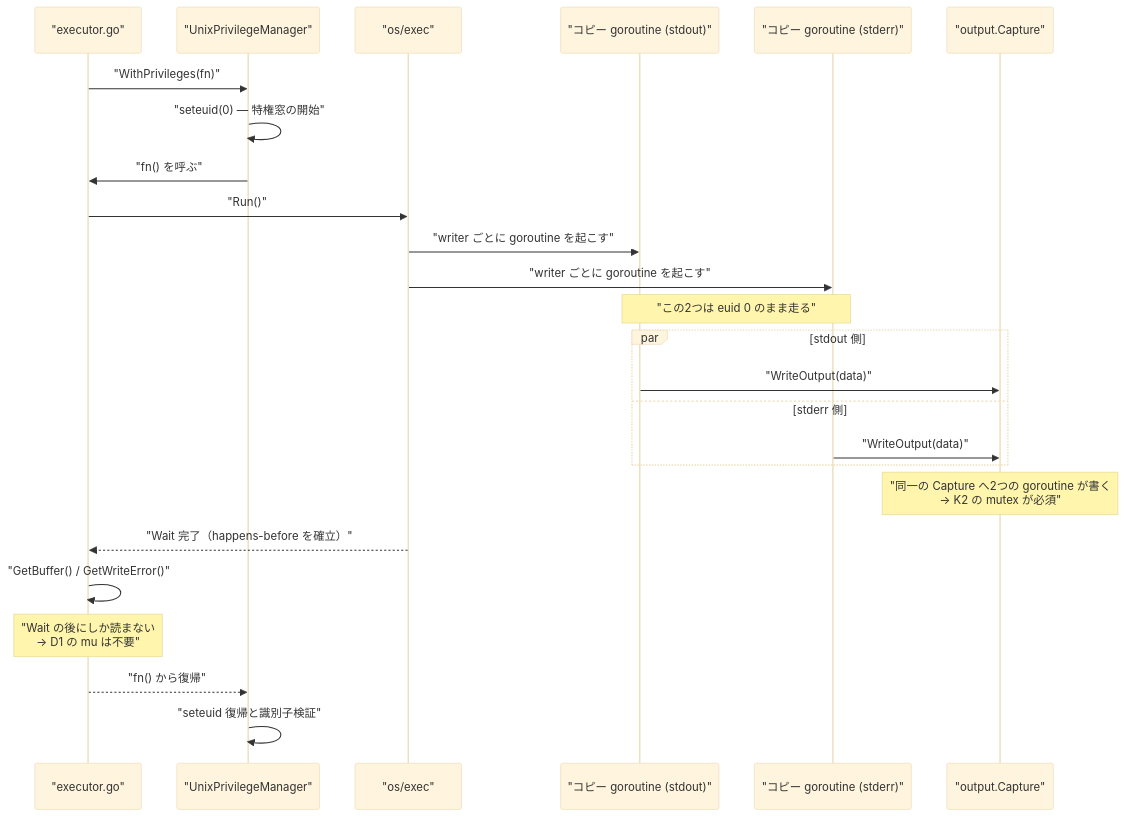
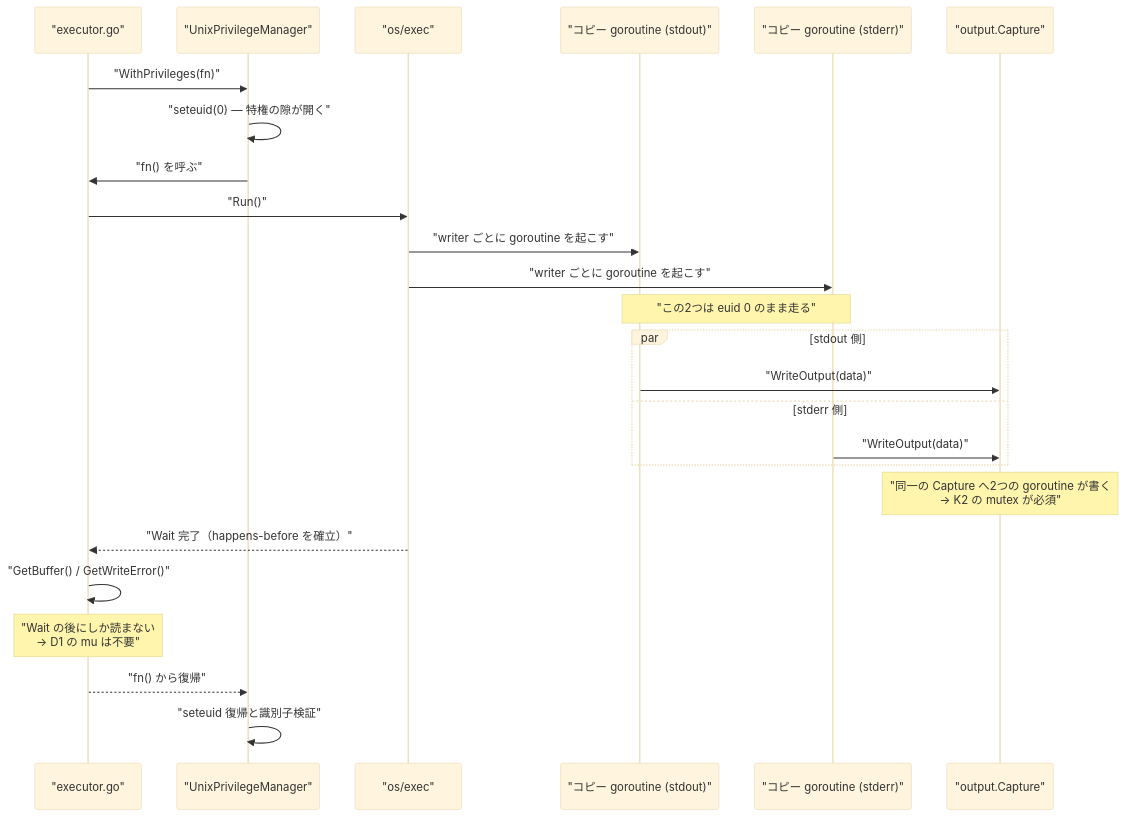
One commit to isseis/go-safe-cmd-runner changed the fifth of 11 diagrams in docs/tasks/0170_excess_synchronization_removal/02_architecture.md. Above: the diagram before and after it, drawn with Mermaid (base theme). The commit also changed other lines of this file and 1 other file, not shown here.

````diff
--- a/docs/tasks/0170_excess_synchronization_removal/02_architecture.md
+++ b/docs/tasks/0170_excess_synchronization_removal/02_architecture.md
@@ -262,32 +262,32 @@
 ```mermaid
 sequenceDiagram
     participant EX as "executor.go"
     participant PM as "UnixPrivilegeManager"
     participant OS as "os/exec"
     participant G1 as "コピー goroutine (stdout)"
     participant G2 as "コピー goroutine (stderr)"
     participant CAP as "output.Capture"
 
     EX->>PM: "WithPrivileges(fn)"
-    PM->>PM: "seteuid(0) — 特権窓の開始"
+    PM->>PM: "seteuid(0) — 特権の隙が開く"
     PM->>EX: "fn() を呼ぶ"
     EX->>OS: "Run()"
     OS->>G1: "writer ごとに goroutine を起こす"
     OS->>G2: "writer ごとに goroutine を起こす"
 
     Note over G1,G2: "この2つは euid 0 のまま走る"
 
     par stdout 側
         G1->>CAP: "WriteOutput(data)"
     and stderr 側
         G2->>CAP: "WriteOutput(data)"
     end
 
     Note over CAP: "同一の Capture へ2つの goroutine が書く<br>→ K2 の mutex が必須"
 
     OS-->>EX: "Wait 完了（happens-before を確立）"
     EX->>EX: "GetBuffer() / GetWriteError()"
     Note over EX: "Wait の後にしか読まない<br>→ D1 の mu は不要"
     EX-->>PM: "fn() から復帰"
     PM->>PM: "seteuid 復帰と識別子検証"
 ```
````
